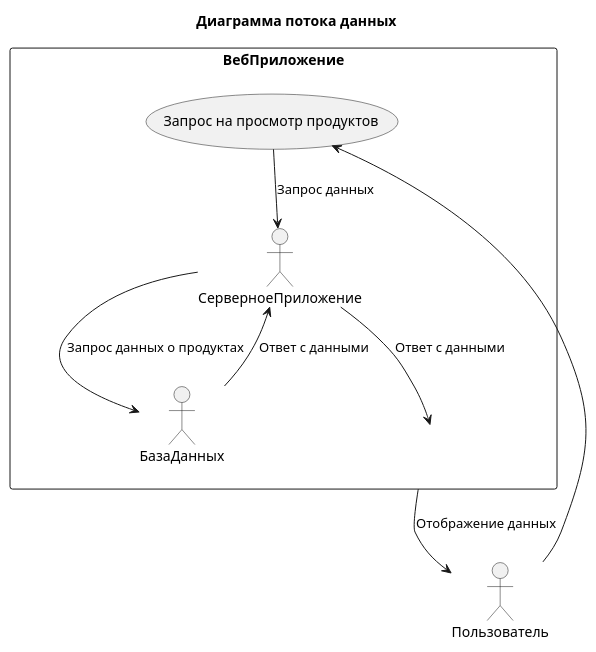
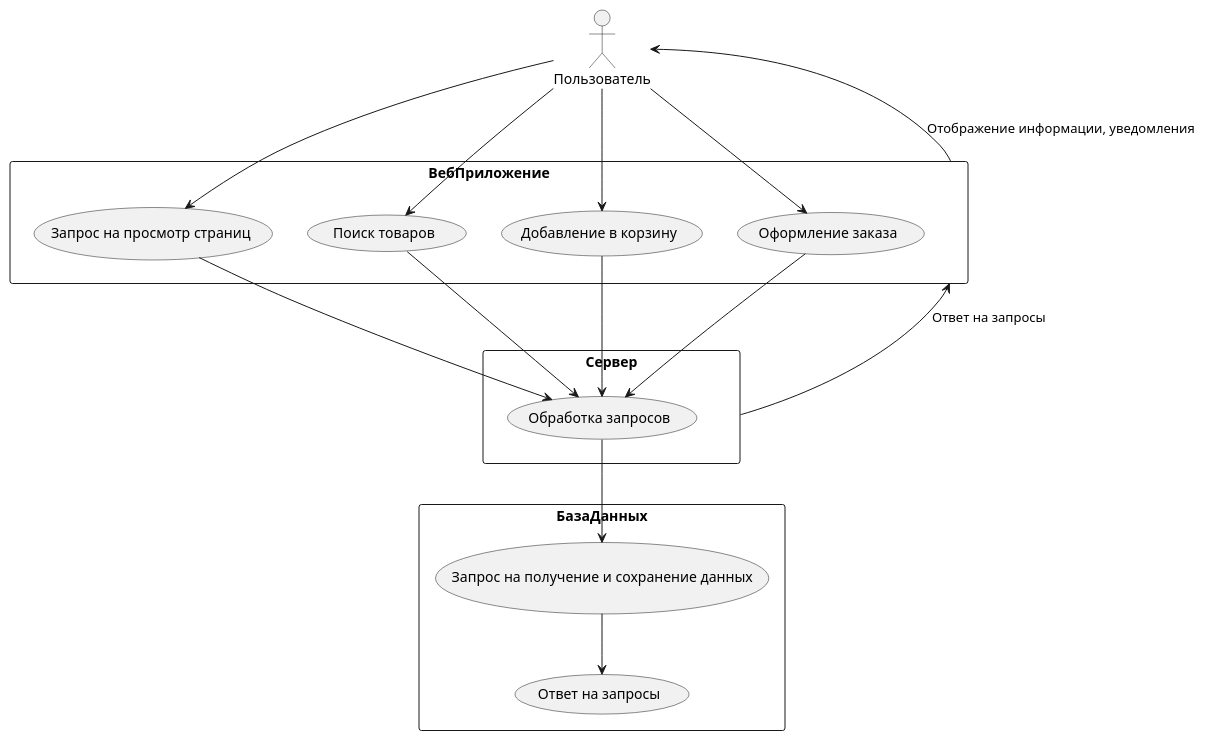
Before and after one commit to TeraGigaByte/internet-shop-project: the diagram in data-flow-diagrams/data-flow-diagram.puml, drawn with PlantUML.

```diff
--- a/data-flow-diagrams/data-flow-diagram.puml
+++ b/data-flow-diagrams/data-flow-diagram.puml
@@ -1,15 +1,26 @@
 @startuml
-title Диаграмма потока данных
-
 actor Пользователь
 
 rectangle ВебПриложение {
-  Пользователь --> (Запрос на просмотр продуктов)
-  (Запрос на просмотр продуктов) --> СерверноеПриложение : Запрос данных
-  СерверноеПриложение --> БазаДанных : Запрос данных о продуктах
-  БазаДанных --> СерверноеПриложение : Ответ с данными
-  СерверноеПриложение --> ВебПриложение : Ответ с данными
-  ВебПриложение --> Пользователь : Отображение данных
+    Пользователь --> (Запрос на просмотр страниц)
+    Пользователь --> (Поиск товаров)
+    Пользователь --> (Добавление в корзину)
+    Пользователь --> (Оформление заказа)
 }
 
+rectangle Сервер {
+    (Запрос на просмотр страниц) --> (Обработка запросов)
+    (Поиск товаров) --> (Обработка запросов)
+    (Добавление в корзину) --> (Обработка запросов)
+    (Оформление заказа) --> (Обработка запросов)
+}
+
+rectangle БазаДанных {
+    (Обработка запросов) --> (Запрос на получение и сохранение данных)
+    (Запрос на получение и сохранение данных) --> (Ответ на запросы)
+}
+
+Сервер --> ВебПриложение: Ответ на запросы
+ВебПриложение --> Пользователь: Отображение информации, уведомления
+
 @enduml
```
